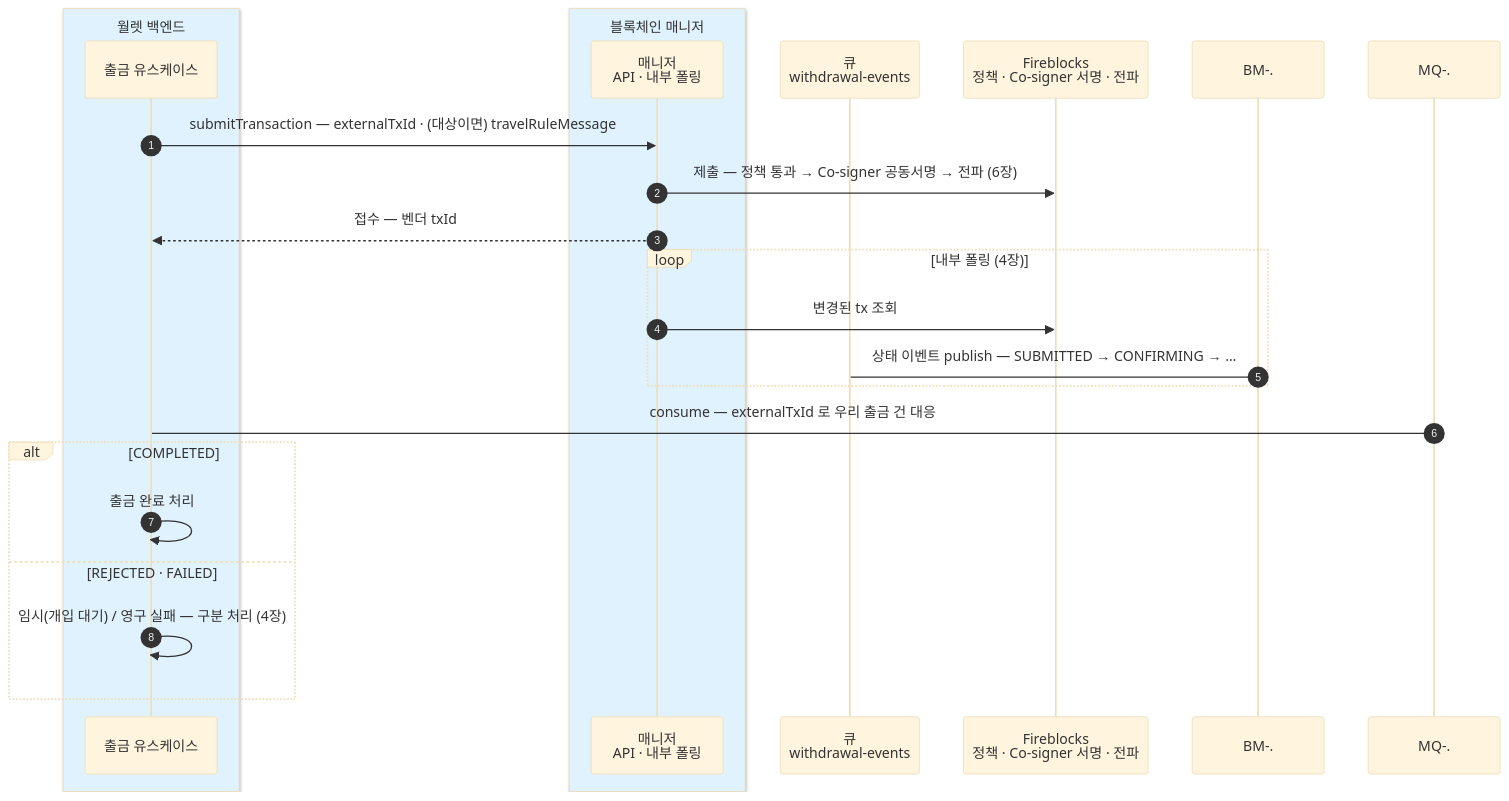
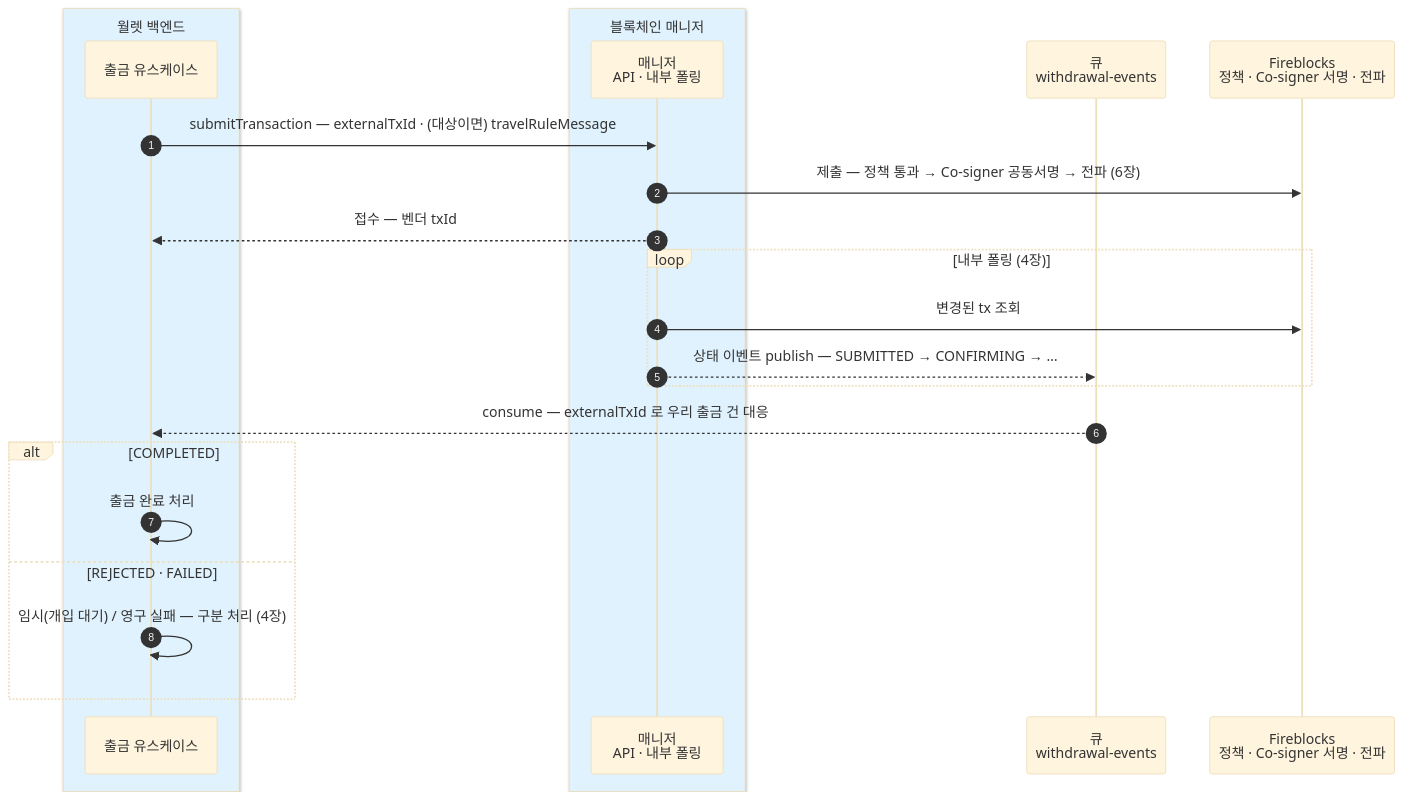
The first of 2 diagrams in blockchain-manager/docs/블록체인매니저/설계/16-interface.md (eunsujeo/eunpus), drawn with Mermaid (base theme) before and after one commit. The commit also changed other lines of this file and 12 other files, not shown here.

````diff
--- a/blockchain-manager/docs/블록체인매니저/설계/16-interface.md
+++ b/blockchain-manager/docs/블록체인매니저/설계/16-interface.md
@@ -56,26 +55,26 @@
 ```mermaid
 sequenceDiagram
     autonumber
     box rgb(224,242,254) 월렛 백엔드
     participant BE as 출금 유스케이스
     end
     box rgb(224,242,254) 블록체인 매니저
     participant BM as 매니저<br/>API · 내부 폴링
     end
     participant MQ as 큐<br/>withdrawal-events
     participant FB as Fireblocks<br/>정책 · Co-signer 서명 · 전파
 
     BE->>BM: submitTransaction — externalTxId · (대상이면) travelRuleMessage
     BM->>FB: 제출 — 정책 통과 → Co-signer 공동서명 → 전파 (6장)
     BM-->>BE: 접수 — 벤더 txId
     loop 내부 폴링 (4장)
         BM->>FB: 변경된 tx 조회
-        BM-.->MQ: 상태 이벤트 publish — SUBMITTED → CONFIRMING → …
+        BM-->>MQ: 상태 이벤트 publish — SUBMITTED → CONFIRMING → …
     end
-    MQ-.->BE: consume — externalTxId 로 우리 출금 건 대응
+    MQ-->>BE: consume — externalTxId 로 우리 출금 건 대응
     alt COMPLETED
         BE->>BE: 출금 완료 처리
     else REJECTED · FAILED
         BE->>BE: 임시(개입 대기) / 영구 실패 — 구분 처리 (4장)
     end
 ```
````
